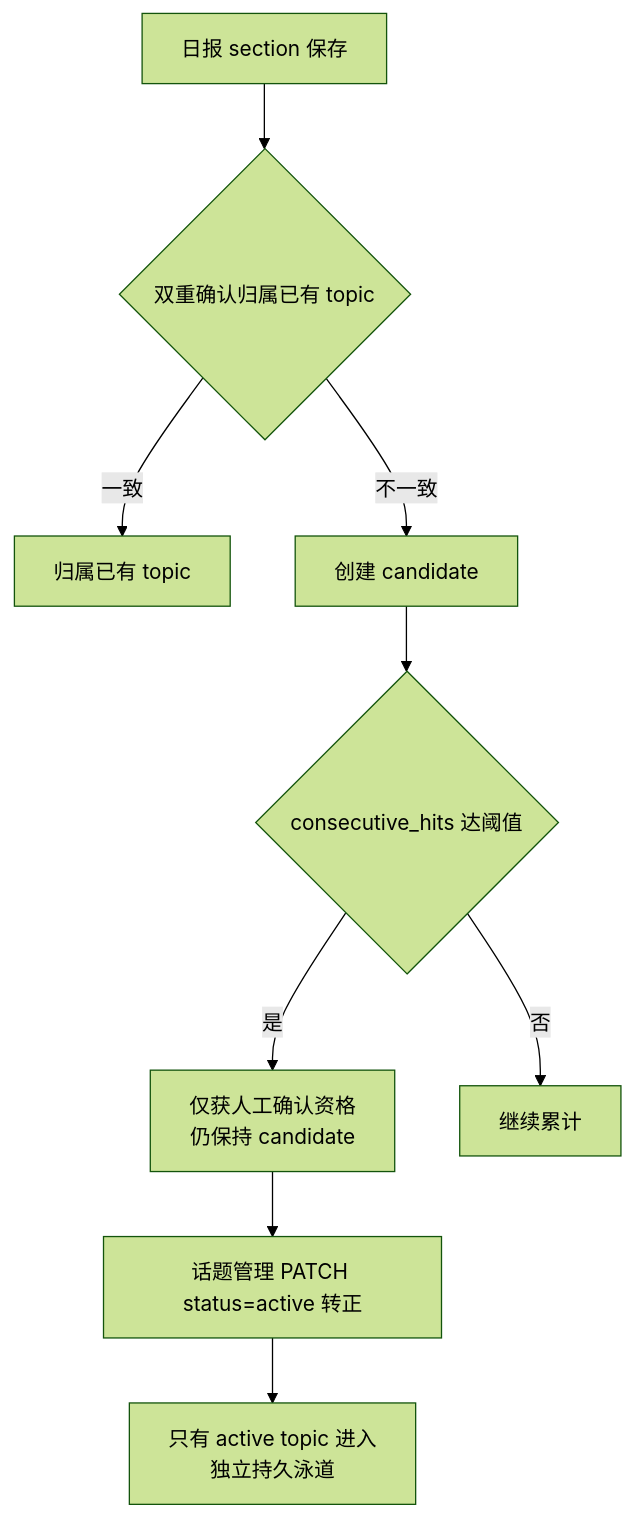
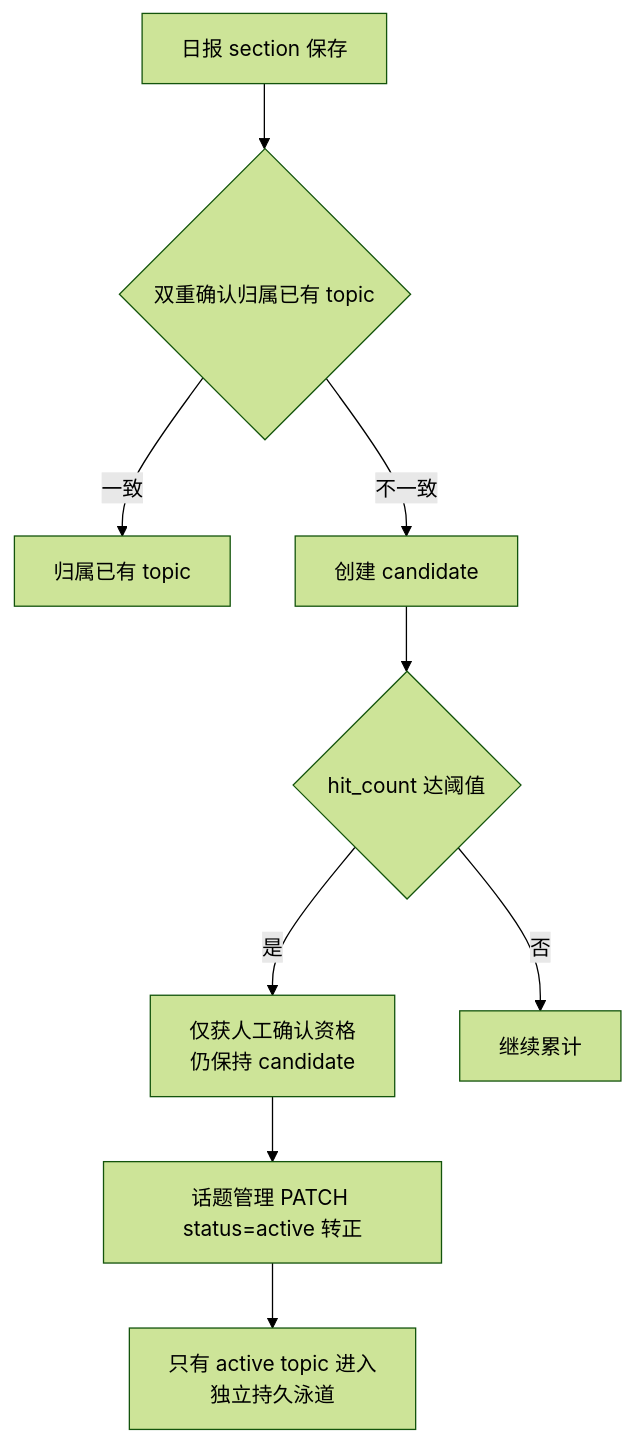
The diagram in docs/reference/flow/topic-graph.md (ZanebonoAlter/Syntopica), drawn with Mermaid (forest theme) before and after one commit. The commit also changed other lines of this file and 147 other files, not shown here.

````diff
--- a/docs/reference/flow/topic-graph.md
+++ b/docs/reference/flow/topic-graph.md
@@ -23,11 +23,11 @@
 ```mermaid
 flowchart TD
   SAVE[日报 section 保存] --> CONFIRM{双重确认归属已有 topic}
   CONFIRM -->|一致| BELONG[归属已有 topic]
   CONFIRM -->|不一致| CAND[创建 candidate]
-  CAND --> THRESH{consecutive_hits 达阈值}
+  CAND --> THRESH{hit_count 达阈值}
   THRESH -->|是| QUALIFY[仅获人工确认资格<br/>仍保持 candidate]
   THRESH -->|否| WAIT[继续累计]
   QUALIFY --> PATCH[话题管理 PATCH status=active 转正]
   PATCH --> ACTIVE[只有 active topic 进入<br/>独立持久泳道]
 ```
````
